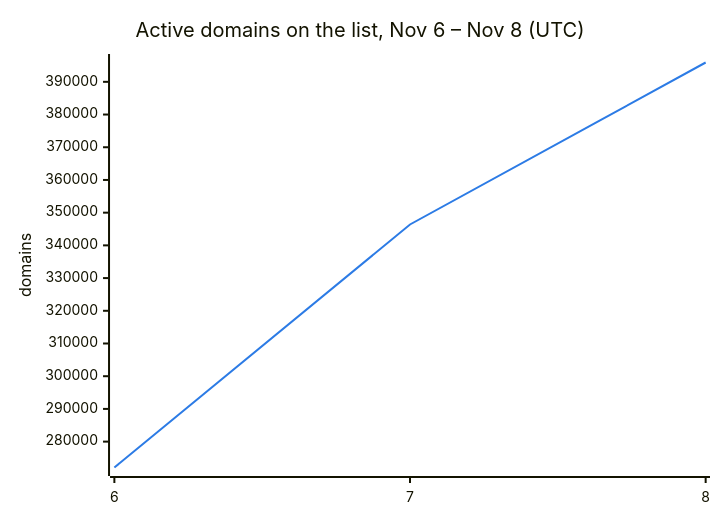
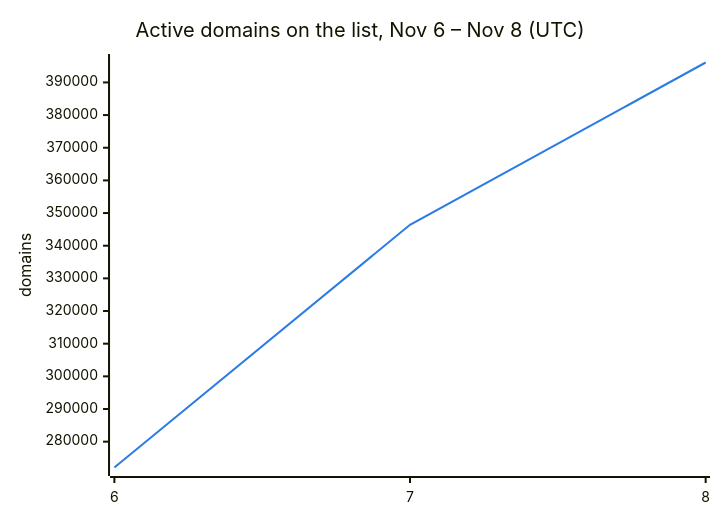
Before and after one commit to DNSBunker/CTI: the second of 3 diagrams in README.md, drawn with Mermaid. The commit also changed other lines of this file and 3 other files, not shown here.

````diff
--- a/README.md
+++ b/README.md
@@ -38,8 +38,8 @@
 ```mermaid
 %%{init: {"themeVariables": {"xyChart": {"plotColorPalette": "#2c7be5"}}}}%%
 xychart-beta
     title "Active domains on the list, Nov 6 – Nov 8 (UTC)"
     x-axis ["6", "7", "8"]
     y-axis "domains"
-    line [272088, 346388, 395909]
+    line [272088, 346388, 396099]
 ```
````
